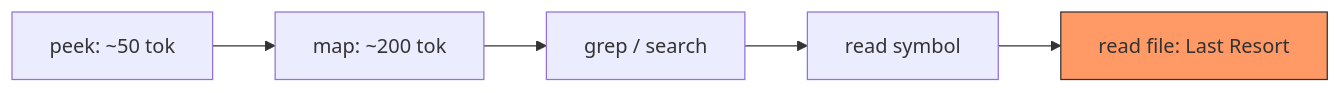
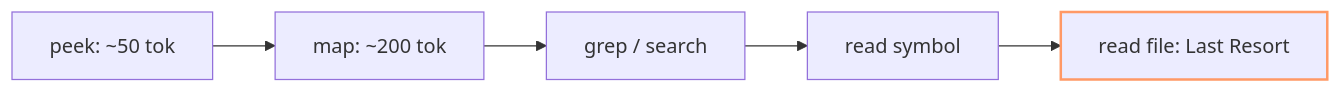
Before and after one commit to SaschaOnTour/rlm: the first of 2 diagrams in README.md, drawn with Mermaid. The commit also changed other lines of this file, not shown here.

````diff
--- a/README.md
+++ b/README.md
@@ -76,9 +76,9 @@
 ```mermaid
 graph LR
     A[peek: ~50 tok] --> B[map: ~200 tok]
     B --> C[grep / search]
     C --> D[read symbol]
     D --> E[read file: Last Resort]
     
-    style E fill:#f96,stroke:#333
+    style E stroke:#f96,stroke-width:2px
 ```
````
